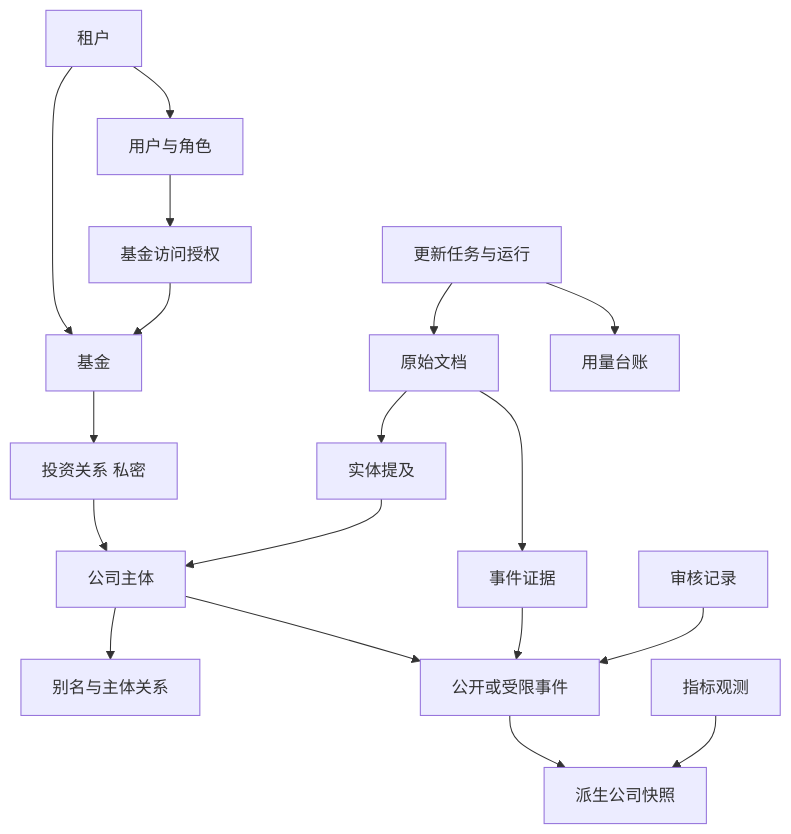
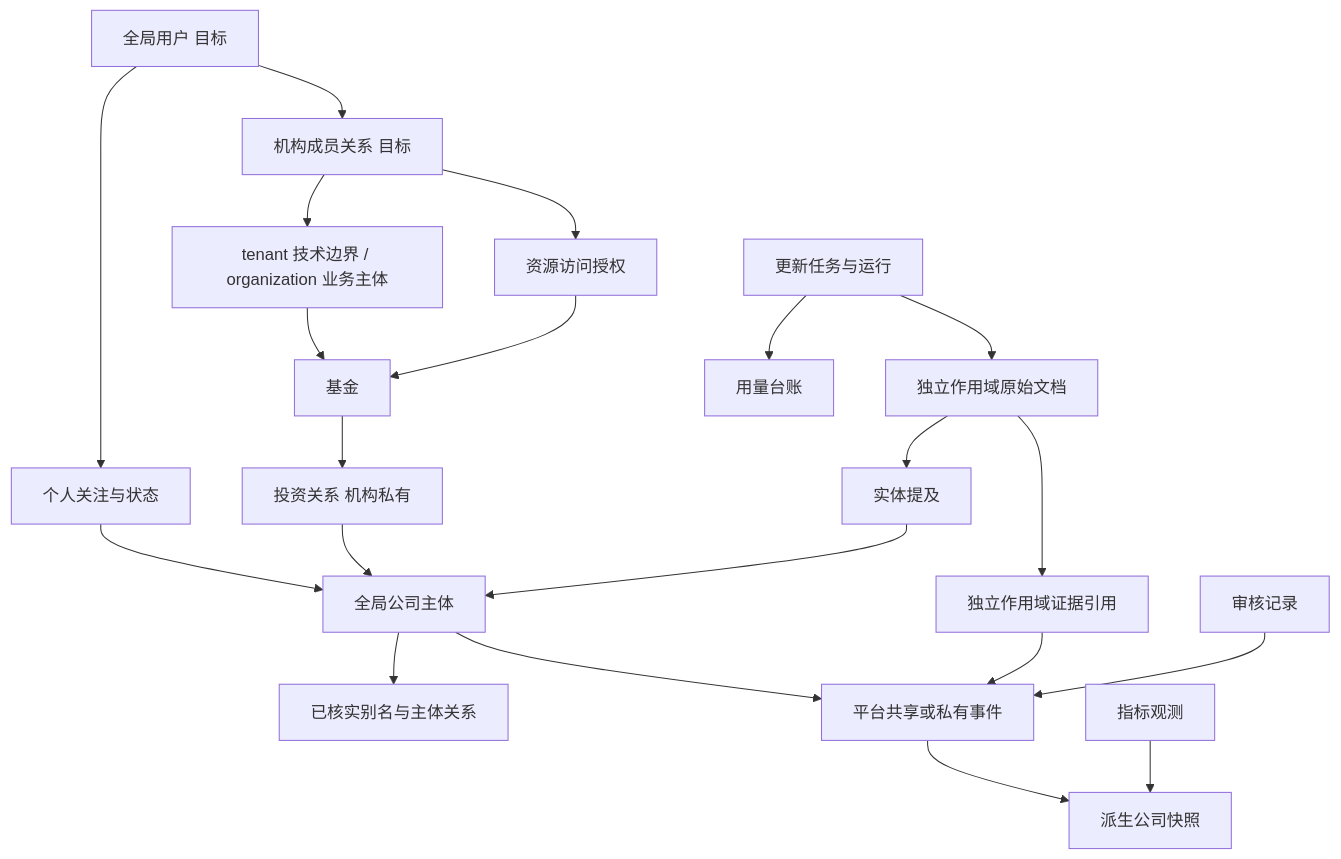
One commit to daiphoon/dealflow-radar changed the diagram in docs/01-domain-model.md. Above: the diagram before and after it, drawn with Mermaid. The commit also changed other lines of this file and 6 other files, not shown here.

Commit message:
docs: define dual-channel access and data-scope architecture

````diff
--- a/docs/01-domain-model.md
+++ b/docs/01-domain-model.md
@@ -16,20 +17,23 @@
 ```mermaid
 flowchart TB
-  T[租户] --> U[用户与角色]
-  T --> F[基金]
-  U --> G[基金访问授权]
+  U["全局用户 目标"] --> W["个人关注与状态"]
+  W --> C["全局公司主体"]
+  U --> OM["机构成员关系 目标"]
+  OM --> T["tenant 技术边界 / organization 业务主体"]
+  T --> F["基金"]
+  OM --> G["资源访问授权"]
   G --> F
-  F --> I[投资关系 私密]
-  I --> C[公司主体]
-  C --> A[别名与主体关系]
-  C --> E[公开或受限事件]
-  D[原始文档] --> M[实体提及]
+  F --> I["投资关系 机构私有"]
+  I --> C
+  C --> A["已核实别名与主体关系"]
+  C --> E["平台共享或私有事件"]
+  D["独立作用域原始文档"] --> M["实体提及"]
   M --> C
-  D --> EE[事件证据]
+  D --> EE["独立作用域证据引用"]
   EE --> E
-  E --> S[派生公司快照]
-  O[指标观测] --> S
-  R[审核记录] --> E
-  J[更新任务与运行] --> D
-  J --> L[用量台账]
+  E --> S["派生公司快照"]
+  O["指标观测"] --> S
+  R["审核记录"] --> E
+  J["更新任务与运行"] --> D
+  J --> L["用量台账"]
 ```
````
